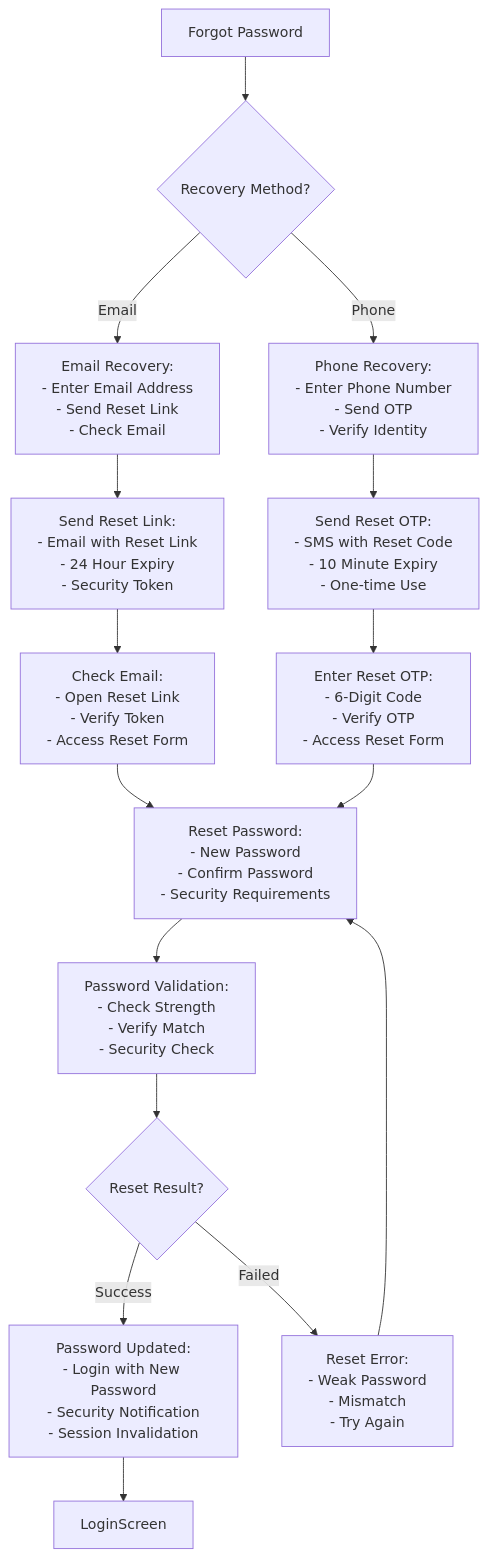
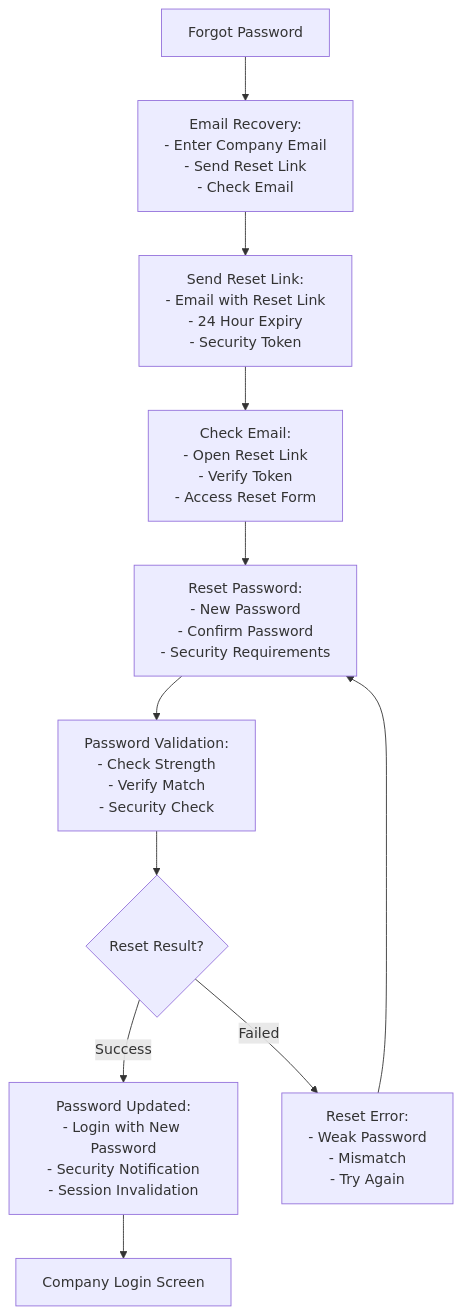
The fourth of 25 diagrams in 04_User_Experience_Flows.md (engaotb/YARDR), drawn with Mermaid before and after one commit. The commit also changed other lines of this file, not shown here.

First line of the commit message:
Fix authentication flows according to requirements

````diff
--- a/04_User_Experience_Flows.md
+++ b/04_User_Experience_Flows.md
@@ -158,28 +149,19 @@
 ```mermaid
 flowchart TD
-    ForgotPassword[Forgot Password] --> RecoveryMethod{Recovery Method?}
-    
-    RecoveryMethod -->|Email| EmailRecovery[Email Recovery:<br/>- Enter Email Address<br/>- Send Reset Link<br/>- Check Email]
-    RecoveryMethod -->|Phone| PhoneRecovery[Phone Recovery:<br/>- Enter Phone Number<br/>- Send OTP<br/>- Verify Identity]
+    ForgotPassword[Forgot Password] --> EmailRecovery[Email Recovery:<br/>- Enter Company Email<br/>- Send Reset Link<br/>- Check Email]
     
     EmailRecovery --> SendResetLink[Send Reset Link:<br/>- Email with Reset Link<br/>- 24 Hour Expiry<br/>- Security Token]
     
-    PhoneRecovery --> SendResetOTP[Send Reset OTP:<br/>- SMS with Reset Code<br/>- 10 Minute Expiry<br/>- One-time Use]
-    
     SendResetLink --> CheckEmail[Check Email:<br/>- Open Reset Link<br/>- Verify Token<br/>- Access Reset Form]
     
-    SendResetOTP --> EnterResetOTP[Enter Reset OTP:<br/>- 6-Digit Code<br/>- Verify OTP<br/>- Access Reset Form]
-    
     CheckEmail --> ResetPassword[Reset Password:<br/>- New Password<br/>- Confirm Password<br/>- Security Requirements]
-    
-    EnterResetOTP --> ResetPassword
     
     ResetPassword --> PasswordValidation[Password Validation:<br/>- Check Strength<br/>- Verify Match<br/>- Security Check]
     
     PasswordValidation --> ResetResult{Reset Result?}
     ResetResult -->|Success| PasswordUpdated[Password Updated:<br/>- Login with New Password<br/>- Security Notification<br/>- Session Invalidation]
     ResetResult -->|Failed| ResetError[Reset Error:<br/>- Weak Password<br/>- Mismatch<br/>- Try Again]
     
-    PasswordUpdated --> LoginScreen
+    PasswordUpdated --> CompanyLogin[Company Login Screen]
     ResetError --> ResetPassword
 ```
````
